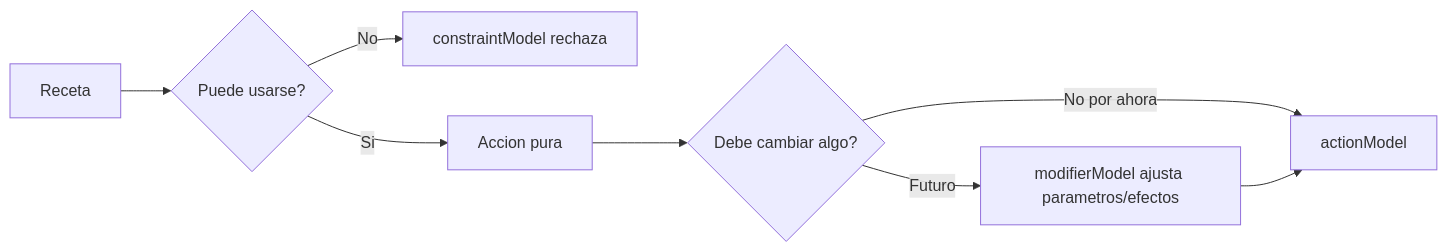
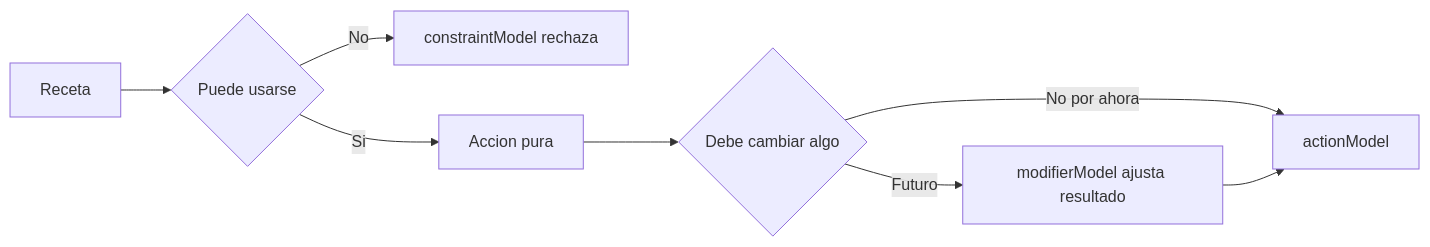
The fourth of 12 diagrams in docs/engine_flow_map.md (juanramonmorandeira/castronegro-director), drawn with Mermaid before and after one commit. The commit also changed other lines of this file and 29 other files, not shown here.

````diff
--- a/docs/engine_flow_map.md
+++ b/docs/engine_flow_map.md
@@ -116,10 +142,10 @@
 ```mermaid
 flowchart LR
-  A[Receta] --> B{Puede usarse?}
+  A[Receta] --> B{Puede usarse}
   B -->|No| C[constraintModel rechaza]
   B -->|Si| D[Accion pura]
-  D --> E{Debe cambiar algo?}
+  D --> E{Debe cambiar algo}
   E -->|No por ahora| F[actionModel]
-  E -->|Futuro| G[modifierModel ajusta parametros/efectos]
+  E -->|Futuro| G[modifierModel ajusta resultado]
   G --> F
 ```
````
